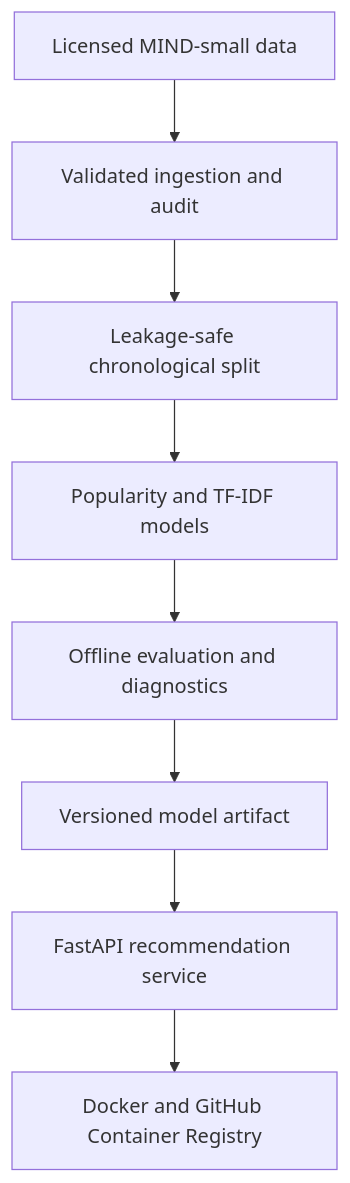
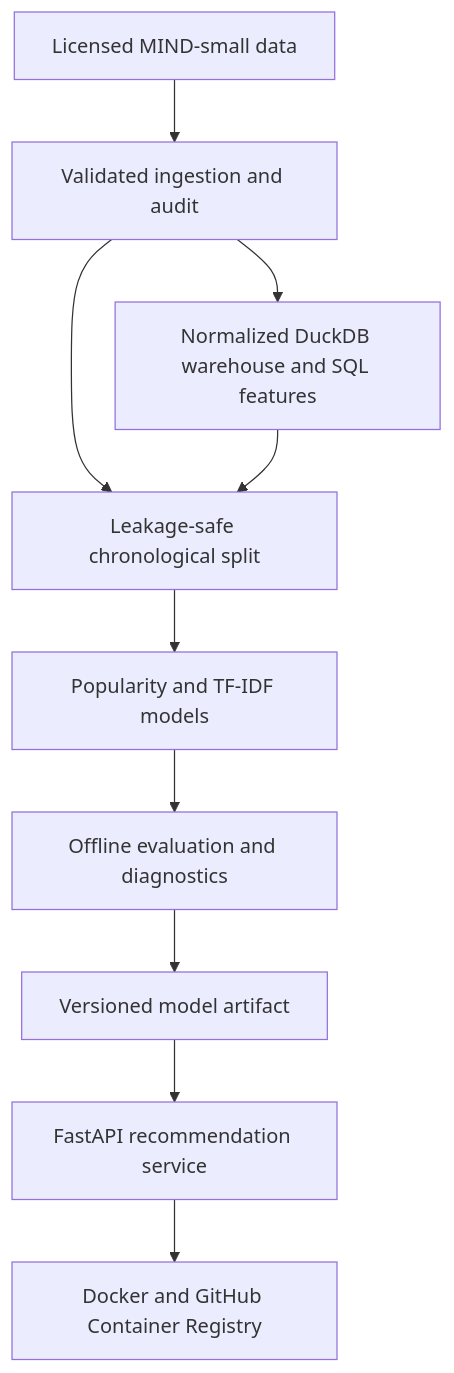
One commit to triasha72/NewsLens changed the diagram in README.md. Above: the diagram before and after it, drawn with Mermaid. The commit also changed other lines of this file and 11 other files, not shown here.

````diff
--- a/README.md
+++ b/README.md
@@ -54,10 +55,12 @@
 ```mermaid
 flowchart TD
     A["Licensed MIND-small data"] --> B["Validated ingestion and audit"]
-    B --> C["Leakage-safe chronological split"]
-    C --> D["Popularity and TF-IDF models"]
-    D --> E["Offline evaluation and diagnostics"]
-    E --> F["Versioned model artifact"]
-    F --> G["FastAPI recommendation service"]
-    G --> H["Docker and GitHub Container Registry"]
+    B --> C["Normalized DuckDB warehouse and SQL features"]
+    B --> D["Leakage-safe chronological split"]
+    C --> D
+    D --> E["Popularity and TF-IDF models"]
+    E --> F["Offline evaluation and diagnostics"]
+    F --> G["Versioned model artifact"]
+    G --> H["FastAPI recommendation service"]
+    H --> I["Docker and GitHub Container Registry"]
 ```
````
